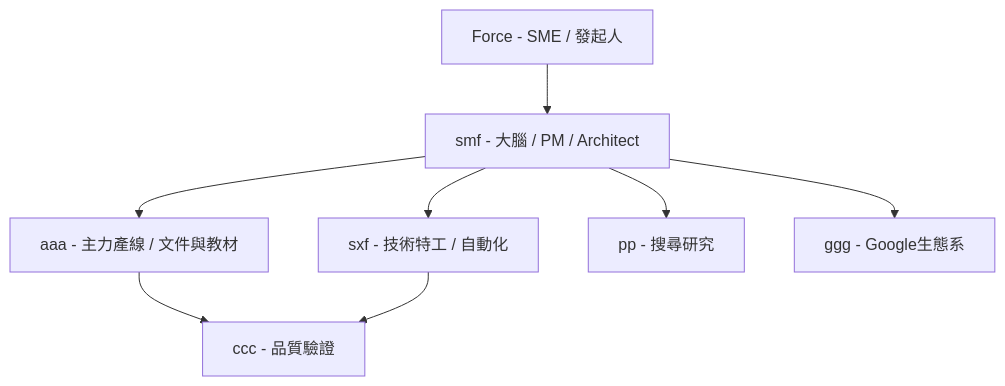
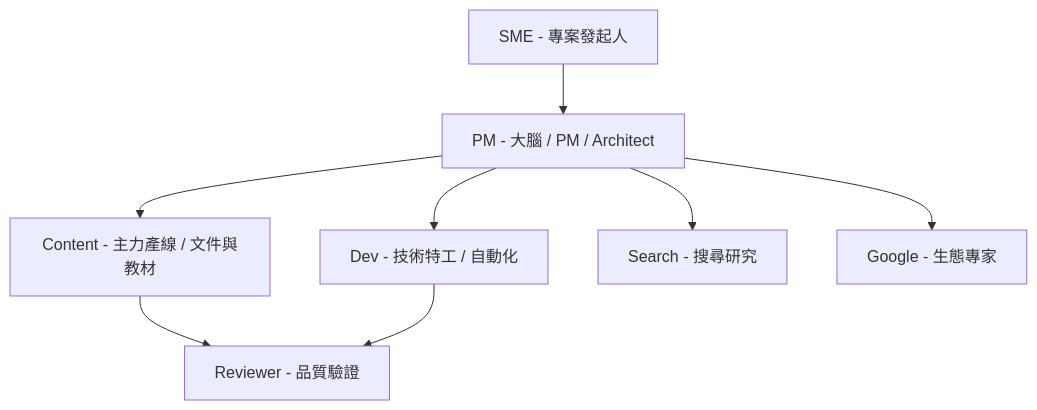
One commit to falo-chinese/skyline-class changed the diagram in class2/README.md. Above: the diagram before and after it, drawn with Mermaid. The commit also changed other lines of this file and 11 other files, not shown here.

````diff
--- a/class2/README.md
+++ b/class2/README.md
@@ -15,10 +11,10 @@
 ```mermaid
 graph TD
-    ff[Force - SME / 發起人] --> smf[smf - 大腦 / PM / Architect]
-    smf --> aaa[aaa - 主力產線 / 文件與教材]
-    smf --> sxf[sxf - 技術特工 / 自動化]
-    smf --> pp[pp - 搜尋研究]
-    smf --> ggg[ggg - Google生態系]
-    aaa --> ccc[ccc - 品質驗證]
-    sxf --> ccc
+    SME[SME - 專案發起人] --> PM[PM - 大腦 / PM / Architect]
+    PM --> Content[Content - 主力產線 / 文件與教材]
+    PM --> Dev[Dev - 技術特工 / 自動化]
+    PM --> Search[Search - 搜尋研究]
+    PM --> Google[Google - 生態專家]
+    Content --> Reviewer[Reviewer - 品質驗證]
+    Dev --> Reviewer
 ```
````
